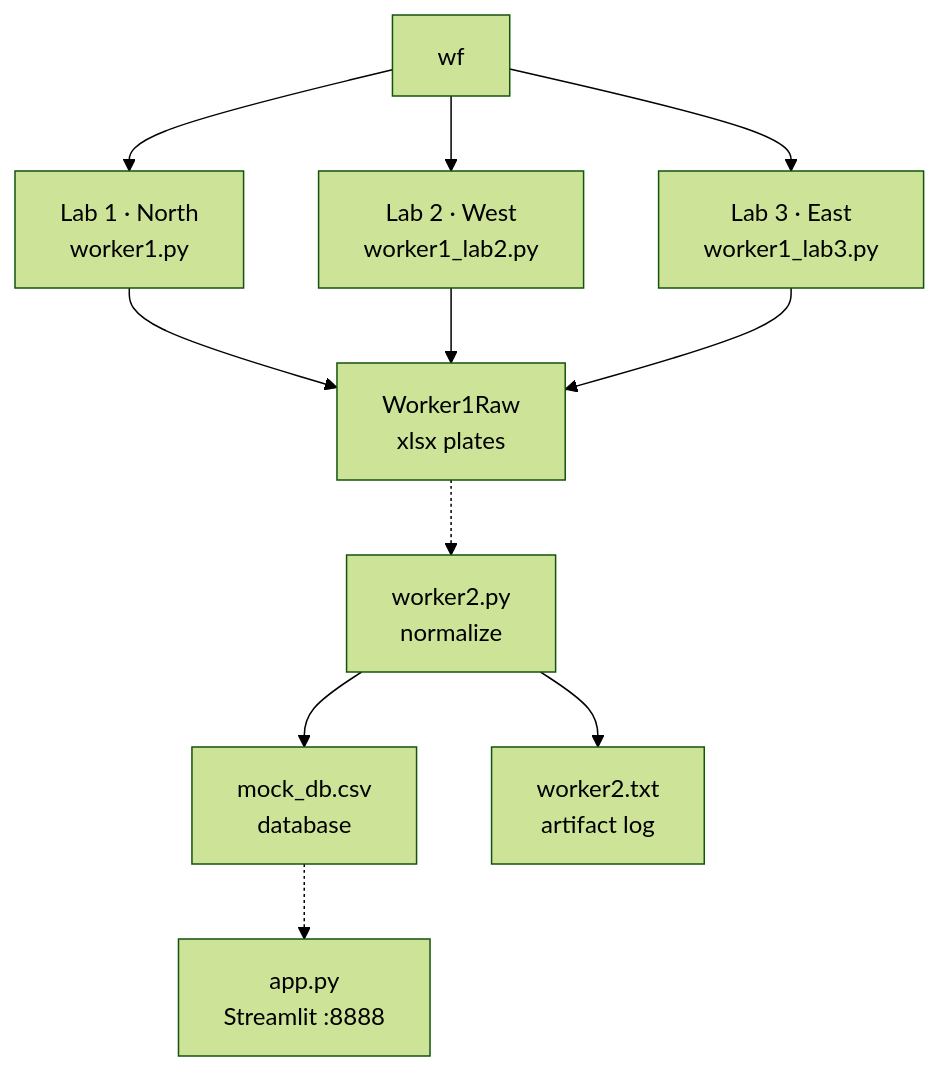
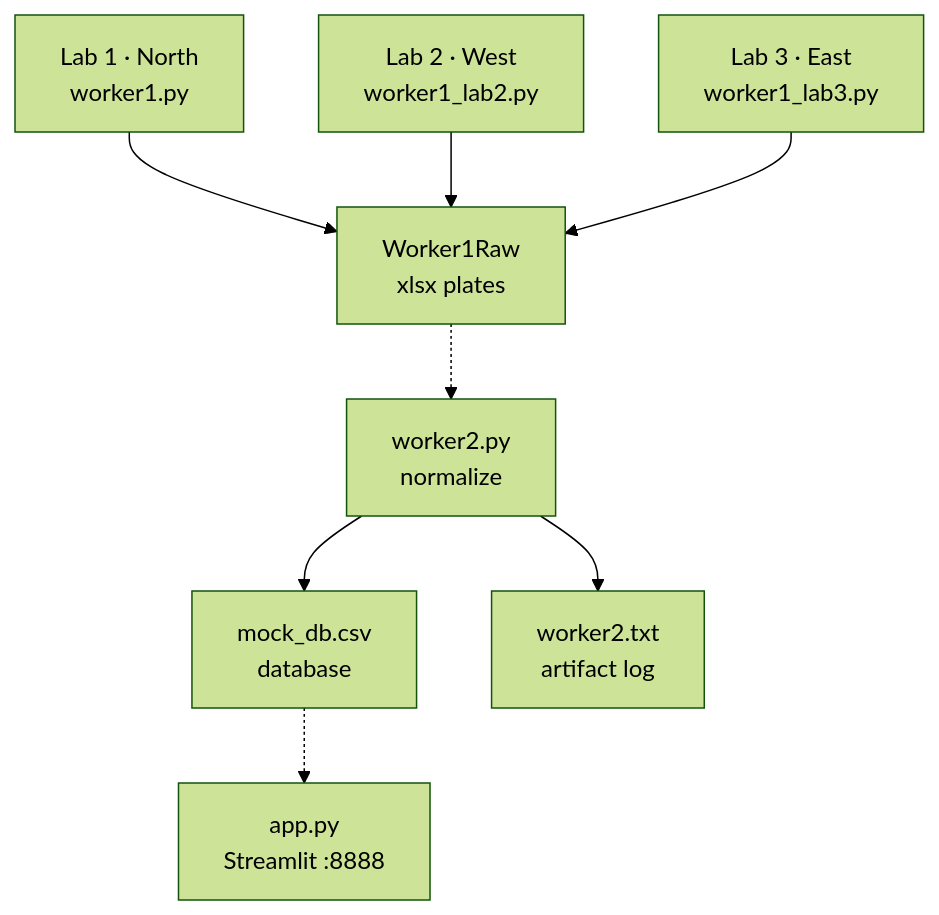
Before and after one commit to gnmuller/DominoTakeHome: the diagram in ARCHITECTURE.md, drawn with Mermaid (forest theme). The commit also changed 2 other files, not shown here.

Commit message:
update app.py and arch

````diff
--- a/ARCHITECTURE.md
+++ b/ARCHITECTURE.md
@@ -20,19 +20,19 @@
 ```mermaid
 flowchart TD
   l1["Lab 1 · North<br/>worker1.py"]
   l2["Lab 2 · West<br/>worker1_lab2.py"]
   l3["Lab 3 · East<br/>worker1_lab3.py"]
   raw["Worker1Raw<br/>xlsx plates"]
   w2["worker2.py<br/>normalize"]
   db["mock_db.csv<br/>database"]
   log["worker2.txt<br/>artifact log"]
   app["app.py<br/>Streamlit :8888"]
 
-  wf --> l1 --> raw
-  wf --> l2 --> raw
-  wf --> l3 --> raw
+  l1 --> raw
+  l2 --> raw
+  l3 --> raw
   raw -.-> w2
   w2 --> db
   w2 --> log
   db -.-> app
 ```
````
